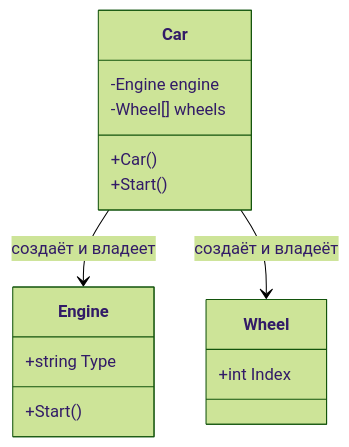
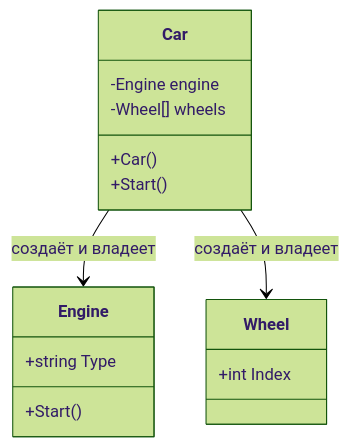
Before and after one commit to Erofivan/ITMO-Lecture-Notes: the eighth of 11 diagrams in Oop/1_oop_basics/notes.md, drawn with Mermaid (forest theme).

Commit message:
Исправление опечатки в диаграмме Mermaid

````diff
--- a/Oop/1_oop_basics/notes.md
+++ b/Oop/1_oop_basics/notes.md
@@ -1179,21 +1179,21 @@
 ```mermaid
 classDiagram
     class Car {
         -Engine engine
         -Wheel[] wheels
         +Car()
         +Start()
     }
     
     class Engine {
         +string Type
         +Start()
     }
     
     class Wheel {
         +int Index
     }
     
     Car --> Engine : создаёт и владеет
-    Car --> Wheel : создаёт и владеёт
+    Car --> Wheel : создаёт и владеет
 ```
````
